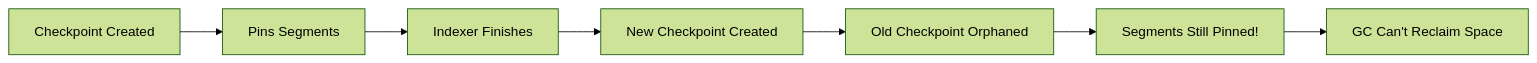
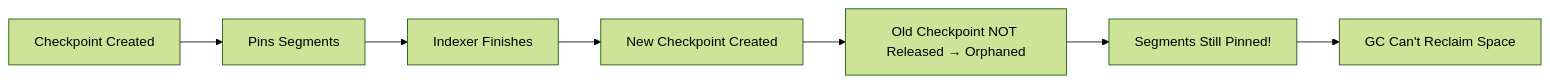
One commit to somarc/oak-magnum-oakus changed the diagram in docs/checkpoints/disk-bloat.md. Above: the diagram before and after it, drawn with Mermaid (forest theme). The commit also changed other lines of this file and 32 other files, not shown here.

````diff
--- a/docs/checkpoints/disk-bloat.md
+++ b/docs/checkpoints/disk-bloat.md
@@ -7,9 +7,9 @@
 ```mermaid
 flowchart LR
     A[Checkpoint Created] --> B[Pins Segments]
     B --> C[Indexer Finishes]
     C --> D[New Checkpoint Created]
-    D --> E[Old Checkpoint Orphaned]
+    D --> E[Old Checkpoint NOT Released → Orphaned]
     E --> F[Segments Still Pinned!]
     F --> G[GC Can't Reclaim Space]
 ```
````
